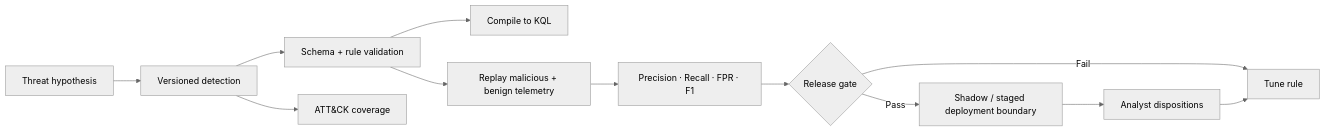
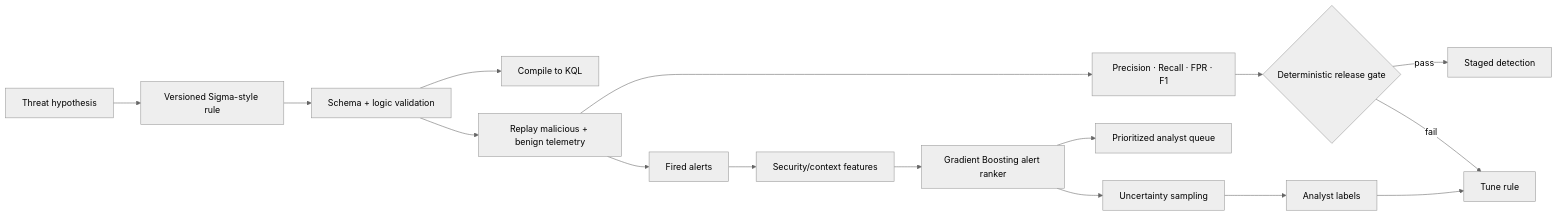
The diagram in README.md (VinayK88/DetectionForge), drawn with Mermaid (neutral theme) before and after one commit. The commit also changed other lines of this file, not shown here.

Commit message:
Document DetectionForge security ML

````diff
--- a/README.md
+++ b/README.md
@@ -45,14 +33,19 @@
 ```mermaid
 flowchart LR
-    H[Threat hypothesis] --> R[Versioned detection]
-    R --> V[Schema + rule validation]
+    H[Threat hypothesis] --> R[Versioned Sigma-style rule]
+    R --> V[Schema + logic validation]
     V --> K[Compile to KQL]
     V --> P[Replay malicious + benign telemetry]
     P --> M[Precision · Recall · FPR · F1]
-    M --> G{Release gate}
-    G -->|Pass| D[Shadow / staged deployment boundary]
-    G -->|Fail| T[Tune rule]
-    D --> F[Analyst dispositions]
-    F --> T
-    R --> A[ATT&CK coverage]
+    M --> G{Deterministic release gate}
+    G -->|pass| D[Staged detection]
+    G -->|fail| T[Tune rule]
+
+    P --> F[Fired alerts]
+    F --> X[Security/context features]
+    X --> ML[Gradient Boosting alert ranker]
+    ML --> Q[Prioritized analyst queue]
+    ML --> U[Uncertainty sampling]
+    U --> A[Analyst labels]
+    A --> T
 ```
````
